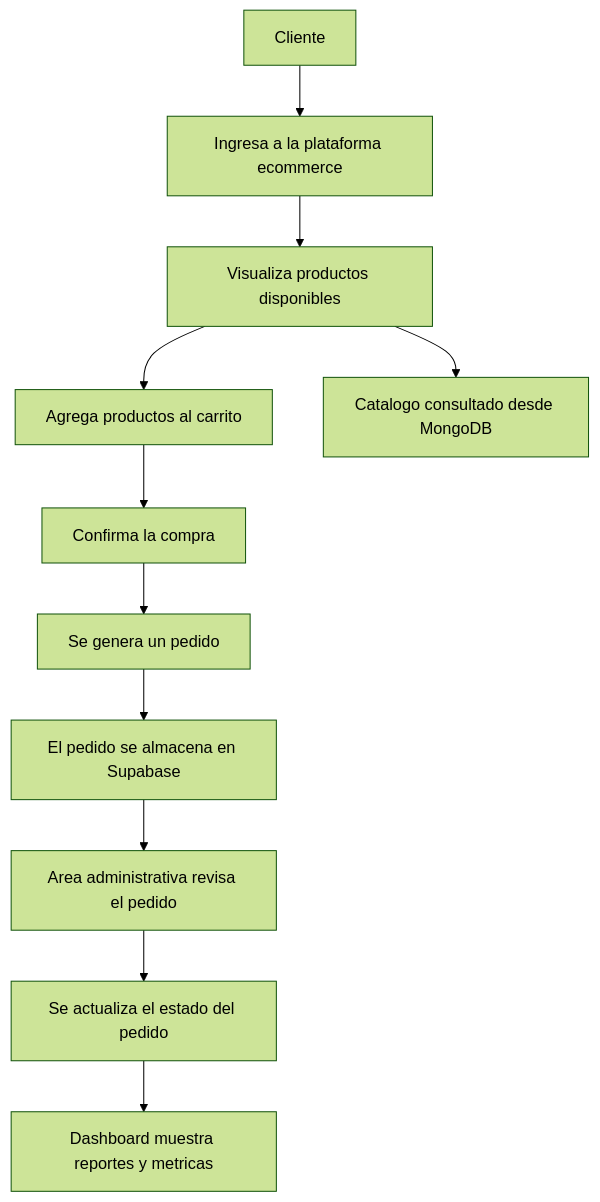
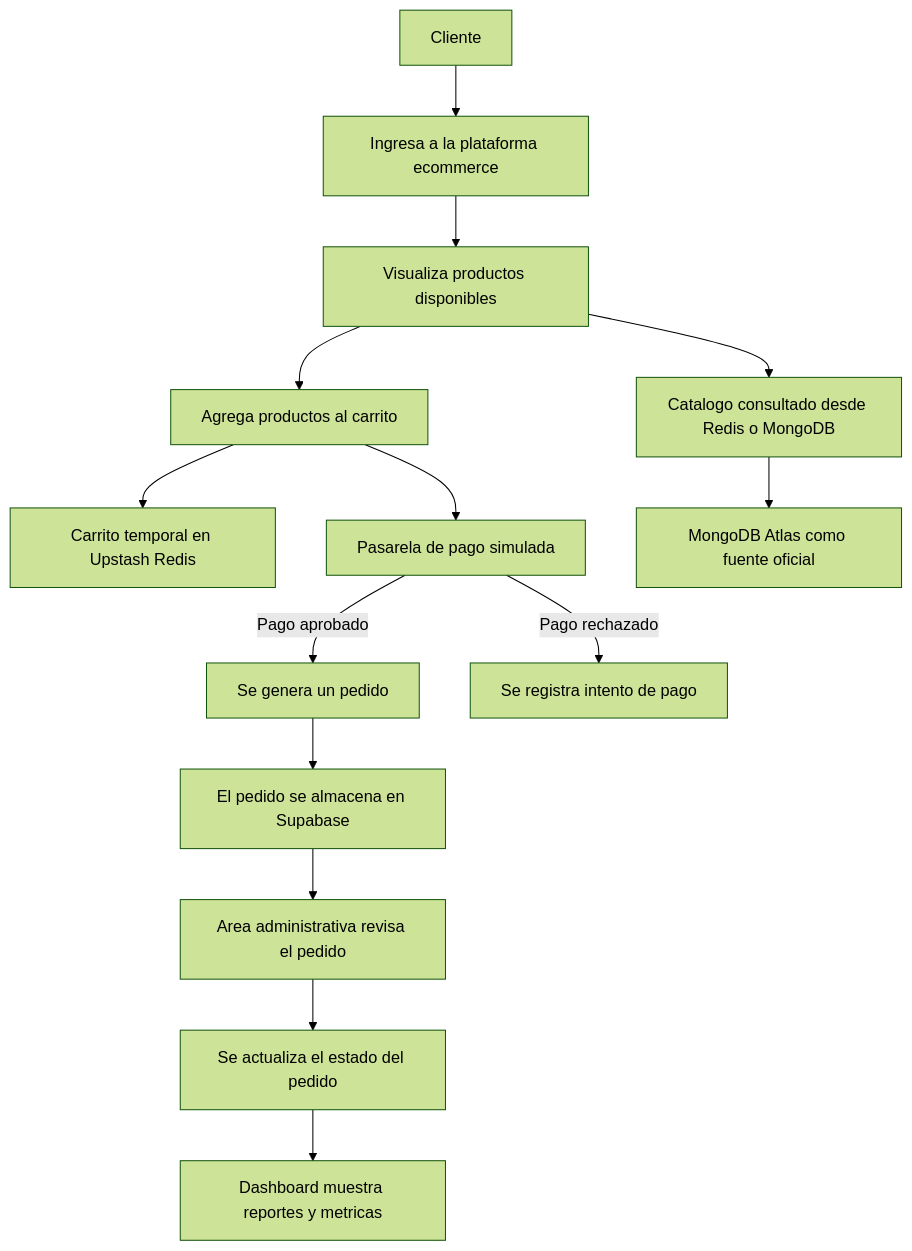
One commit to jbaldeon365/Proyecto-E-commerce-demo-1 changed the diagram in README.md. Above: the diagram before and after it, drawn with Mermaid (forest theme). The commit also changed other lines of this file and 3 other files, not shown here.

Commit message:
Agregar pago simulado metricas y cache de catalogo en Redis

````diff
--- a/README.md
+++ b/README.md
@@ -153,13 +175,16 @@
 ```mermaid
 flowchart TD
     A[Cliente] --> B[Ingresa a la plataforma ecommerce]
     B --> C[Visualiza productos disponibles]
     C --> D[Agrega productos al carrito]
-    D --> E[Confirma la compra]
-    E --> F[Se genera un pedido]
+    D --> R[Carrito temporal en Upstash Redis]
+    D --> E[Pasarela de pago simulada]
+    E -->|Pago aprobado| F[Se genera un pedido]
+    E -->|Pago rechazado| P[Se registra intento de pago]
     F --> G[El pedido se almacena en Supabase]
-    C --> H[Catalogo consultado desde MongoDB]
+    C --> H[Catalogo consultado desde Redis o MongoDB]
+    H --> M[MongoDB Atlas como fuente oficial]
     G --> I[Area administrativa revisa el pedido]
     I --> J[Se actualiza el estado del pedido]
     J --> K[Dashboard muestra reportes y metricas]
 ```
````
